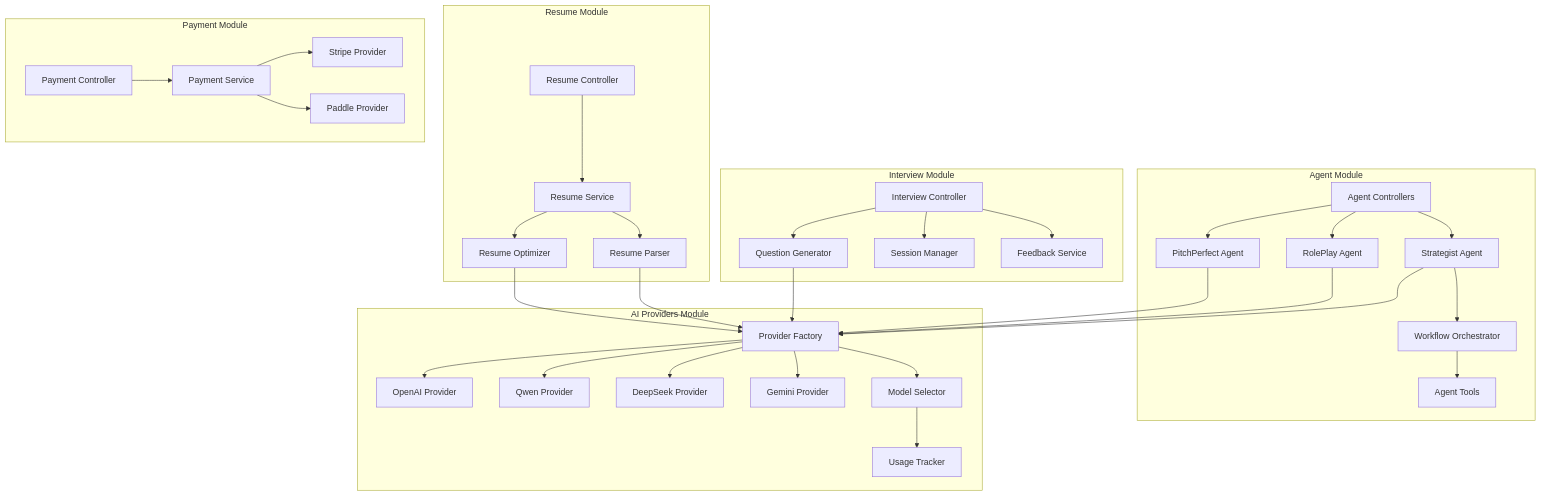
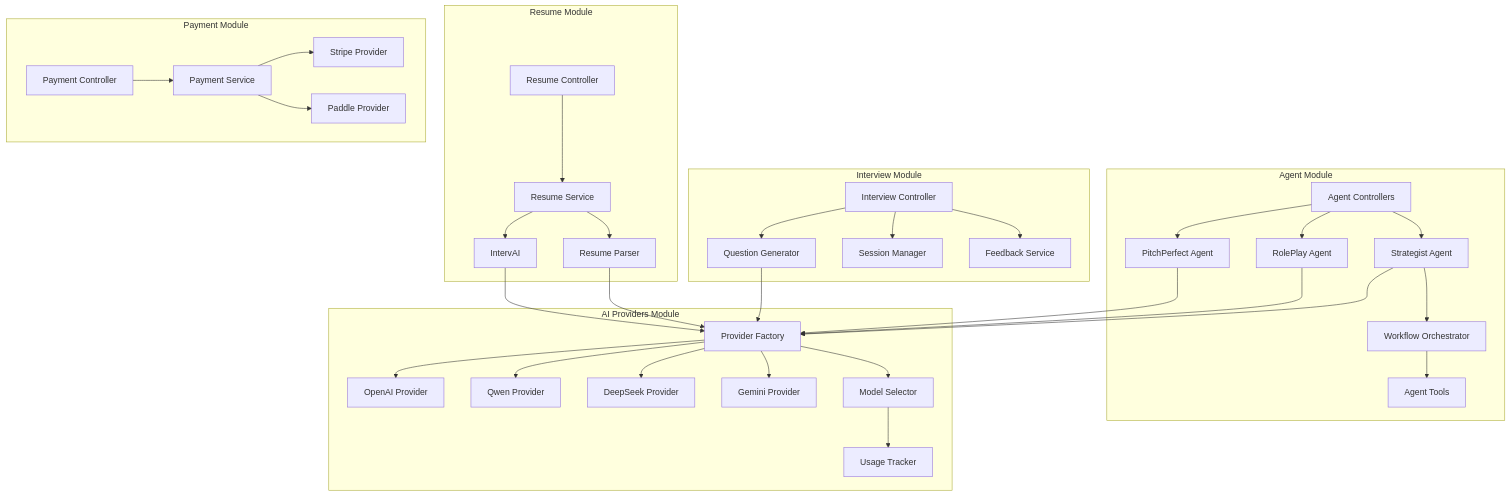
One commit to xuanyiying/IntervAI changed the third of 9 diagrams in docs/architecture/system-architecture.md. Above: the diagram before and after it, drawn with Mermaid. The commit also changed other lines of this file and 83 other files, not shown here.

````diff
--- a/docs/architecture/system-architecture.md
+++ b/docs/architecture/system-architecture.md
@@ -173,74 +173,74 @@
 ```mermaid
 graph TB
     subgraph "Agent Module"
         AGENT_CTRL[Agent Controllers]
         STRATEGIST[Strategist Agent]
         ROLEPLAY[RolePlay Agent]
         PITCHPERFECT[PitchPerfect Agent]
         ORCHESTRATOR[Workflow Orchestrator]
         TOOLS[Agent Tools]
     end
 
     subgraph "AI Providers Module"
         AI_FACTORY[Provider Factory]
         OPENAI_PROVIDER[OpenAI Provider]
         QWEN_PROVIDER[Qwen Provider]
         DEEPSEEK_PROVIDER[DeepSeek Provider]
         GEMINI_PROVIDER[Gemini Provider]
         MODEL_SELECTOR[Model Selector]
         USAGE_TRACKER[Usage Tracker]
     end
 
     subgraph "Interview Module"
         INTERVIEW_CTRL[Interview Controller]
         QUESTION_GEN[Question Generator]
         SESSION_MGR[Session Manager]
         FEEDBACK_SVC[Feedback Service]
     end
 
     subgraph "Resume Module"
         RESUME_CTRL[Resume Controller]
         RESUME_SVC[Resume Service]
         PARSER[Resume Parser]
-        OPTIMIZER[Resume Optimizer]
+        OPTIMIZER[IntervAI]
     end
 
     subgraph "Payment Module"
         PAYMENT_CTRL[Payment Controller]
         PAYMENT_SVC[Payment Service]
         STRIPE_PROVIDER[Stripe Provider]
         PADDLE_PROVIDER[Paddle Provider]
     end
 
     AGENT_CTRL --> STRATEGIST
     AGENT_CTRL --> ROLEPLAY
     AGENT_CTRL --> PITCHPERFECT
     STRATEGIST --> ORCHESTRATOR
     ORCHESTRATOR --> TOOLS
 
     STRATEGIST --> AI_FACTORY
     ROLEPLAY --> AI_FACTORY
     PITCHPERFECT --> AI_FACTORY
 
     AI_FACTORY --> OPENAI_PROVIDER
     AI_FACTORY --> QWEN_PROVIDER
     AI_FACTORY --> DEEPSEEK_PROVIDER
     AI_FACTORY --> GEMINI_PROVIDER
     AI_FACTORY --> MODEL_SELECTOR
     MODEL_SELECTOR --> USAGE_TRACKER
 
     INTERVIEW_CTRL --> QUESTION_GEN
     INTERVIEW_CTRL --> SESSION_MGR
     INTERVIEW_CTRL --> FEEDBACK_SVC
     QUESTION_GEN --> AI_FACTORY
 
     RESUME_CTRL --> RESUME_SVC
     RESUME_SVC --> PARSER
     RESUME_SVC --> OPTIMIZER
     PARSER --> AI_FACTORY
     OPTIMIZER --> AI_FACTORY
 
     PAYMENT_CTRL --> PAYMENT_SVC
     PAYMENT_SVC --> STRIPE_PROVIDER
     PAYMENT_SVC --> PADDLE_PROVIDER
 ```
````
